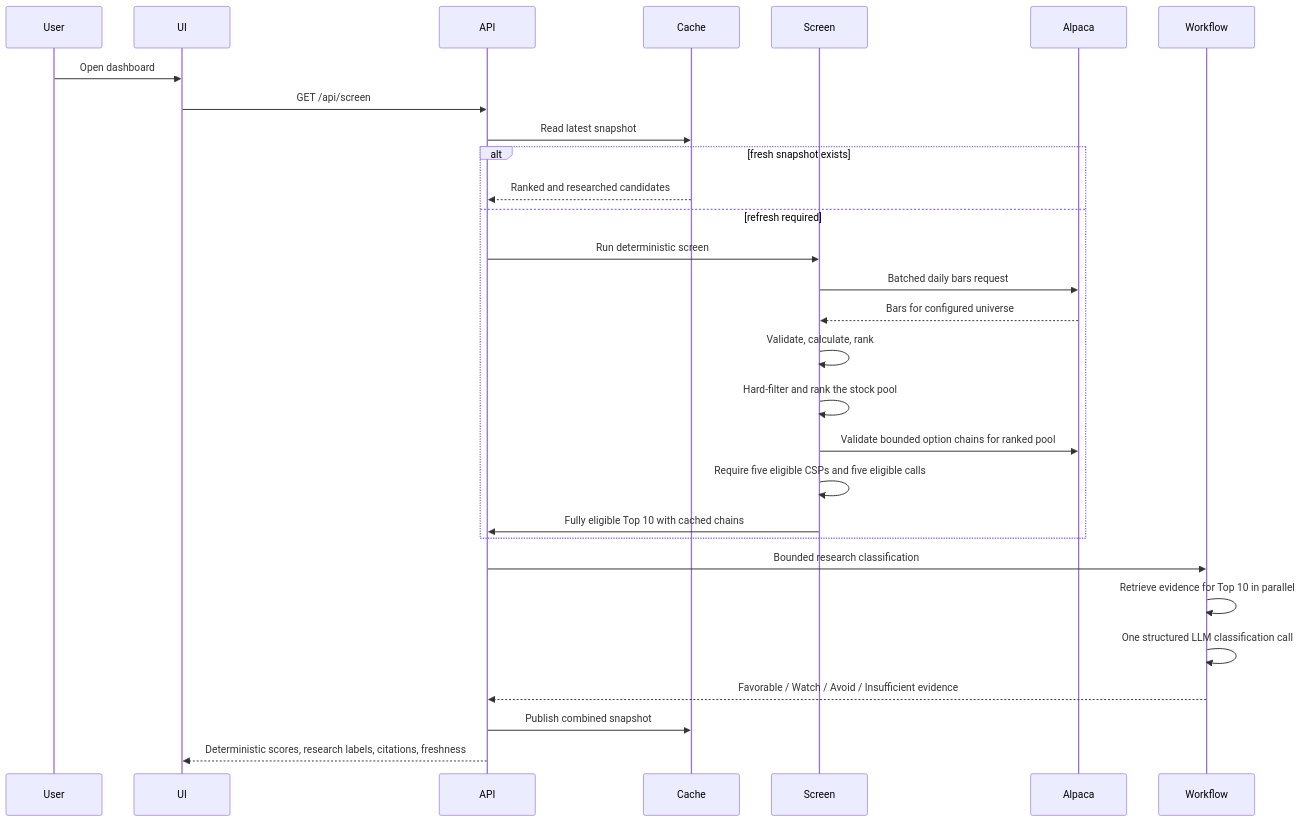
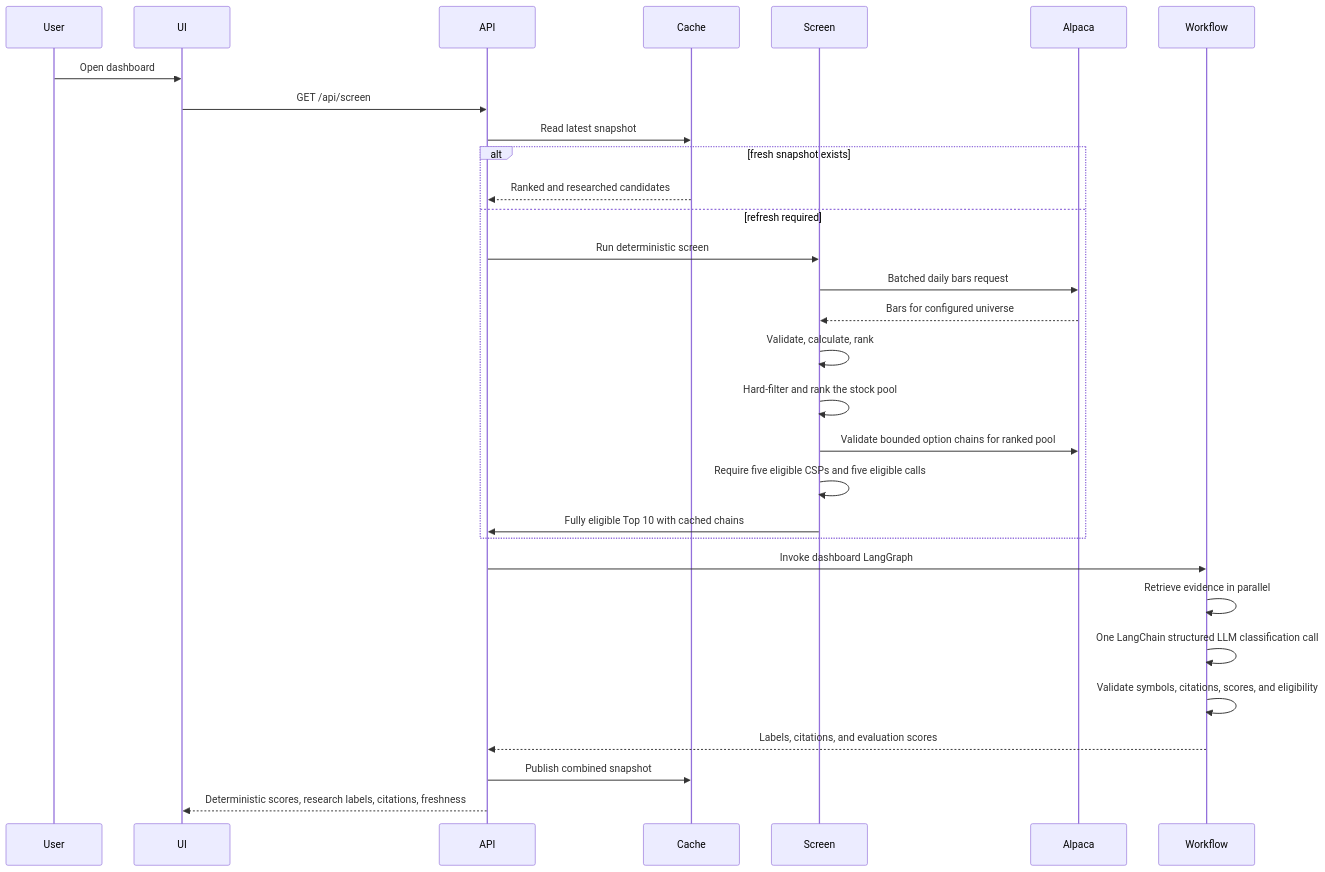
One commit to SaiKalyan124/csp-screener-capstone changed the third of 4 diagrams in docs/ARCHITECTURE.md. Above: the diagram before and after it, drawn with Mermaid. The commit also changed 5 other files, not shown here.

Commit message:
Route dashboard research through LangGraph with evals

````diff
--- a/docs/ARCHITECTURE.md
+++ b/docs/ARCHITECTURE.md
@@ -48,31 +48,32 @@
 ```mermaid
 sequenceDiagram
     participant User
     participant UI
     participant API
     participant Cache
     participant Screen
     participant Alpaca
 
     User->>UI: Open dashboard
     UI->>API: GET /api/screen
     API->>Cache: Read latest snapshot
     alt fresh snapshot exists
         Cache-->>API: Ranked and researched candidates
     else refresh required
         API->>Screen: Run deterministic screen
         Screen->>Alpaca: Batched daily bars request
         Alpaca-->>Screen: Bars for configured universe
         Screen->>Screen: Validate, calculate, rank
         Screen->>Screen: Hard-filter and rank the stock pool
         Screen->>Alpaca: Validate bounded option chains for ranked pool
         Screen->>Screen: Require five eligible CSPs and five eligible calls
         Screen->>API: Fully eligible Top 10 with cached chains
     end
-    API->>Workflow: Bounded research classification
-    Workflow->>Workflow: Retrieve evidence for Top 10 in parallel
-    Workflow->>Workflow: One structured LLM classification call
-    Workflow-->>API: Favorable / Watch / Avoid / Insufficient evidence
+    API->>Workflow: Invoke dashboard LangGraph
+    Workflow->>Workflow: Retrieve evidence in parallel
+    Workflow->>Workflow: One LangChain structured LLM classification call
+    Workflow->>Workflow: Validate symbols, citations, scores, and eligibility
+    Workflow-->>API: Labels, citations, and evaluation scores
     API->>Cache: Publish combined snapshot
     API-->>UI: Deterministic scores, research labels, citations, freshness
 ```
````
